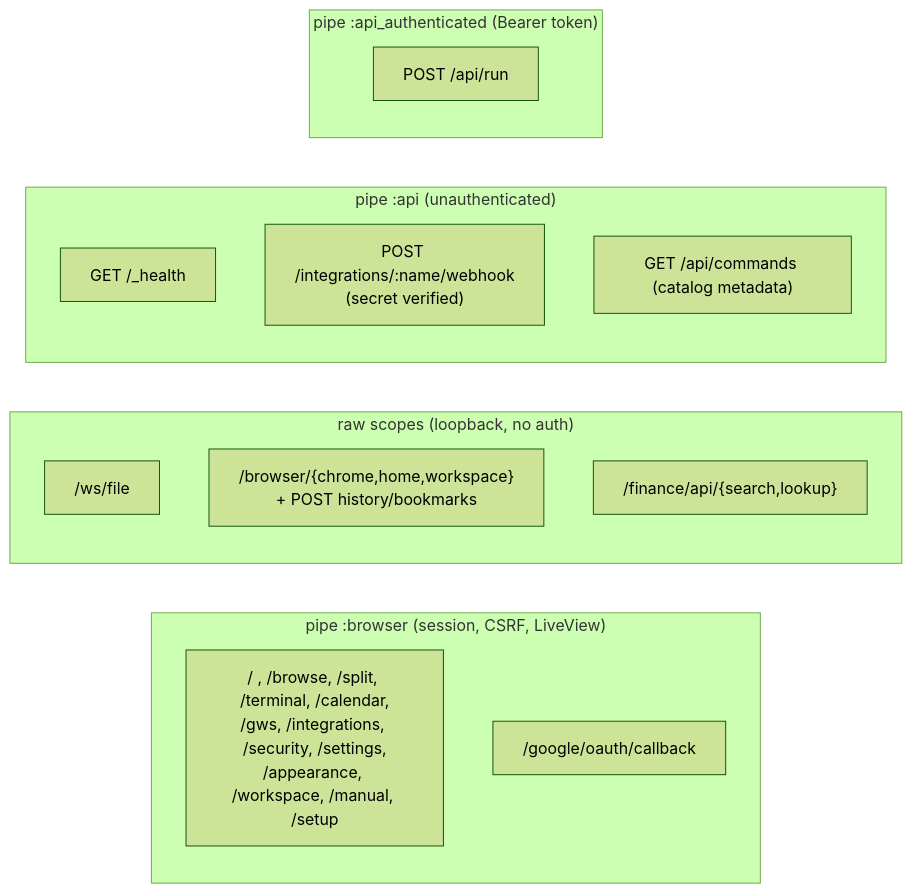
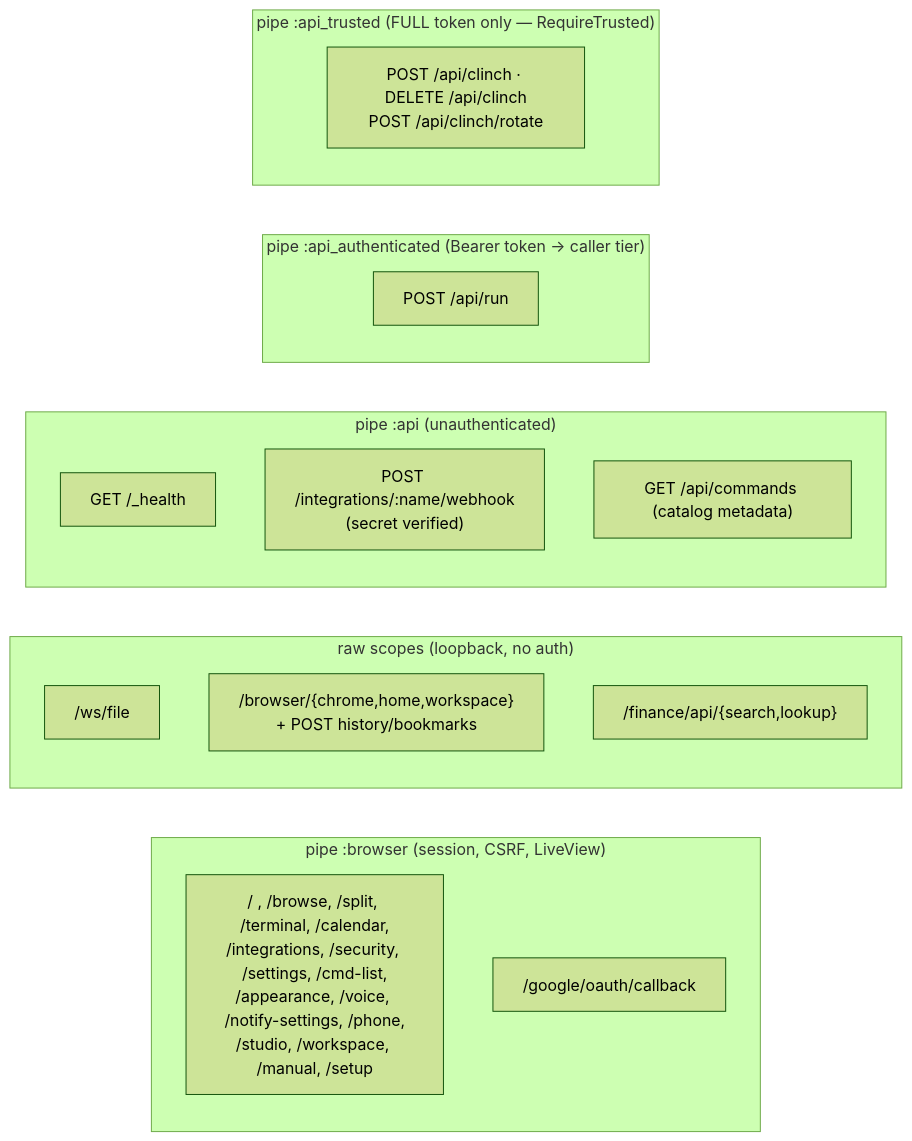
One commit to hightowerbuilds/buster-claw changed the eighth of 8 diagrams in docs/UML.md. Above: the diagram before and after it, drawn with Mermaid (forest theme). The commit also changed other lines of this file and 29 other files, not shown here.

````diff
--- a/docs/UML.md
+++ b/docs/UML.md
@@ -348,20 +348,23 @@
 ```mermaid
 flowchart LR
     subgraph browser["pipe :browser (session, CSRF, LiveView)"]
-        R1["/ , /browse, /split, /terminal, /calendar,<br/>/gws, /integrations, /security, /settings,<br/>/appearance, /workspace, /manual, /setup"]
+        R1["/ , /browse, /split, /terminal, /calendar,<br/>/integrations, /security, /settings, /cmd-list,<br/>/appearance, /voice, /notify-settings, /phone,<br/>/studio, /workspace, /manual, /setup"]
         R2["/google/oauth/callback"]
     end
     subgraph raw["raw scopes (loopback, no auth)"]
         W1["/ws/file"]
         W2["/browser/{chrome,home,workspace}<br/>+ POST history/bookmarks"]
         W3["/finance/api/{search,lookup}"]
     end
     subgraph api["pipe :api (unauthenticated)"]
         H1["GET /_health"]
         H2["POST /integrations/:name/webhook<br/>(secret verified)"]
         H4["GET /api/commands (catalog metadata)"]
     end
-    subgraph auth["pipe :api_authenticated (Bearer token)"]
+    subgraph auth["pipe :api_authenticated (Bearer token → caller tier)"]
         A1["POST /api/run"]
     end
+    subgraph trusted["pipe :api_trusted (FULL token only — RequireTrusted)"]
+        C1["POST /api/clinch · DELETE /api/clinch<br/>POST /api/clinch/rotate"]
+    end
 ```
````
